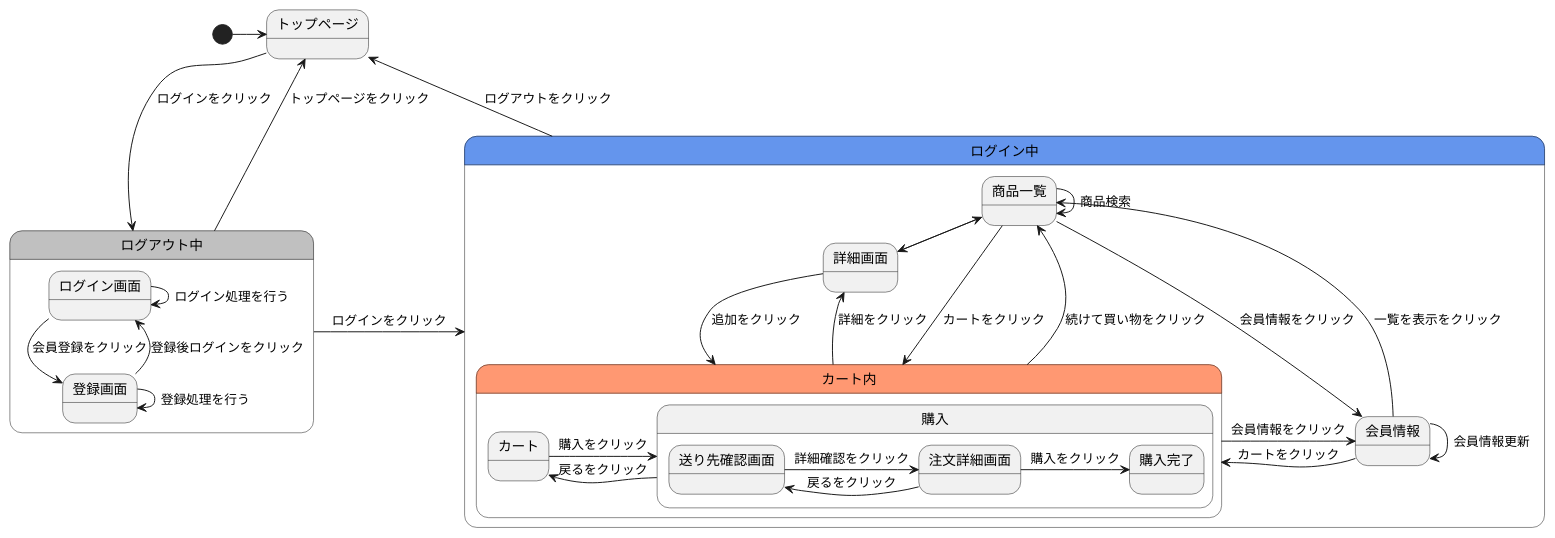
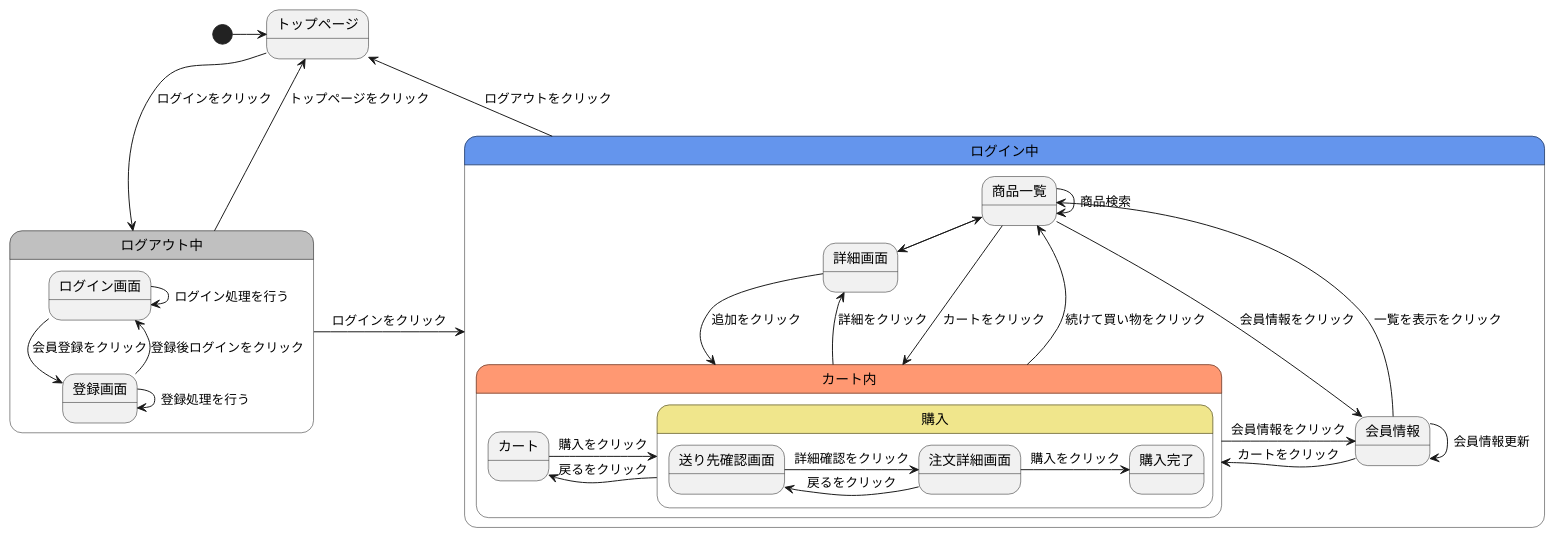
Before and after one commit to Aso2001409/2021sys-design: the diagram in gamen2.md, drawn with PlantUML.

````diff
--- a/gamen2.md
+++ b/gamen2.md
@@ -1,38 +1,38 @@
 ```uml
 @startuml
 [*]->トップページ
 トップページ-->ログアウト中 :ログインをクリック
 ログアウト中->トップページ :トップページをクリック
 ログイン中->トップページ : ログアウトをクリック
 state ログアウト中 #C0C0C0{
   ログイン画面-->登録画面 :会員登録をクリック
   ログイン画面->ログイン画面 :ログイン処理を行う
   登録画面->登録画面 :登録処理を行う
   登録画面--> ログイン画面 :登録後ログインをクリック
 }
 ログアウト中->ログイン中 :ログインをクリック
 state ログイン中 #6495ED{
   商品一覧->詳細画面 :画像をクリック
   商品一覧--->カート内 :カートをクリック
   商品一覧->会員情報 :会員情報をクリック
   商品一覧->商品一覧 :商品検索
   詳細画面->商品一覧 :戻るをクリック
   詳細画面->カート内 :追加をクリック
   会員情報->商品一覧 :一覧を表示をクリック
   会員情報->カート内 :カートをクリック
   会員情報->会員情報 :会員情報更新
   state カート内 #FF9872{
     カート->購入 :購入をクリック
     購入->カート :戻るをクリック
-      state 購入{
+      state 購入 #F0E68C{
       送り先確認画面->注文詳細画面 :詳細確認をクリック
       注文詳細画面->購入完了 :購入をクリック
       注文詳細画面->送り先確認画面 :戻るをクリック
       }
     }  
   カート内->商品一覧 :続けて買い物をクリック
   カート内->会員情報 :会員情報をクリック
   カート内->詳細画面 :詳細をクリック
   }
 @enduml
 ```
````
